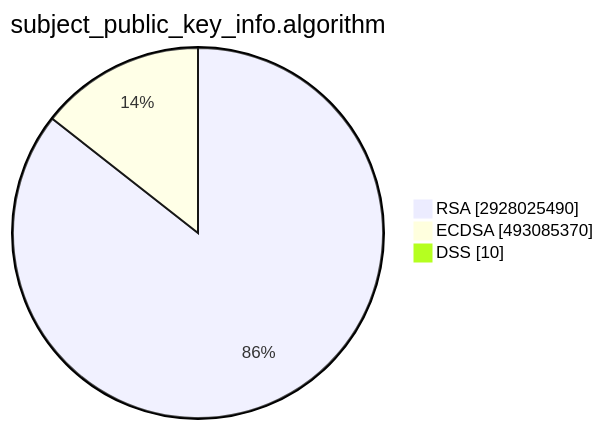
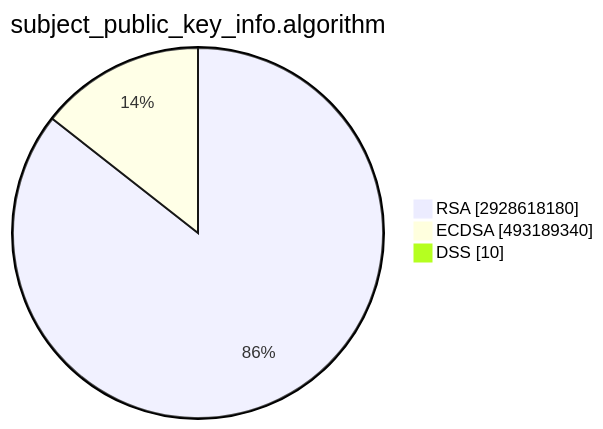
Before and after one commit to christiankrug/ctmonitor_visualization: the second of 15 diagrams in TOTAL/README.md, drawn with Mermaid. The commit also changed other lines of this file, not shown here.

````diff
--- a/TOTAL/README.md
+++ b/TOTAL/README.md
@@ -6,7 +6,7 @@
 ```mermaid
 pie showData
 title subject_public_key_info.algorithm
-"RSA" :2928025490
-"ECDSA" :493085370
+"RSA" :2928618180
+"ECDSA" :493189340
 "DSS" :10
 ```
````
